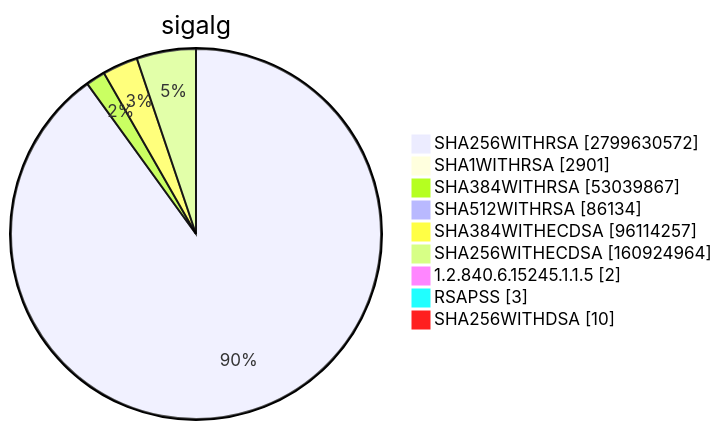
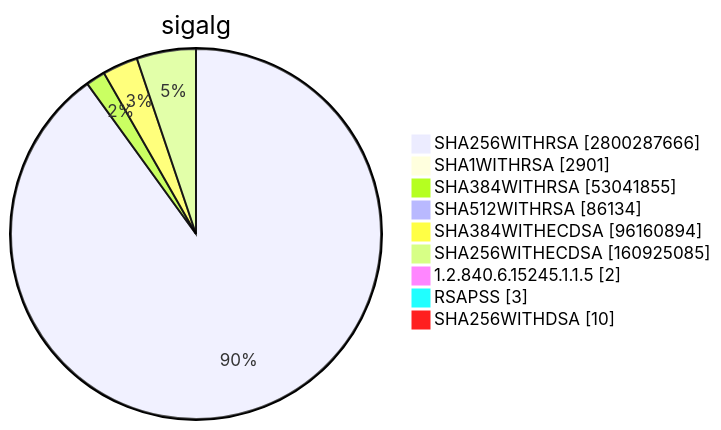
One commit to christiankrug/ctmonitor_visualization changed diagram 15 of 15 in TOTAL/README.md. Above: the diagram before and after it, drawn with Mermaid. The commit also changed other lines of this file, not shown here.

````diff
--- a/TOTAL/README.md
+++ b/TOTAL/README.md
@@ -6207,13 +6207,13 @@
 ```mermaid
 pie showData
 title sigalg
-"SHA256WITHRSA" :2799630572
+"SHA256WITHRSA" :2800287666
 "SHA1WITHRSA" :2901
-"SHA384WITHRSA" :53039867
+"SHA384WITHRSA" :53041855
 "SHA512WITHRSA" :86134
-"SHA384WITHECDSA" :96114257
-"SHA256WITHECDSA" :160924964
+"SHA384WITHECDSA" :96160894
+"SHA256WITHECDSA" :160925085
 "1.2.840.6.15245.1.1.5" :2
 "RSAPSS" :3
 "SHA256WITHDSA" :10
 ```
````
